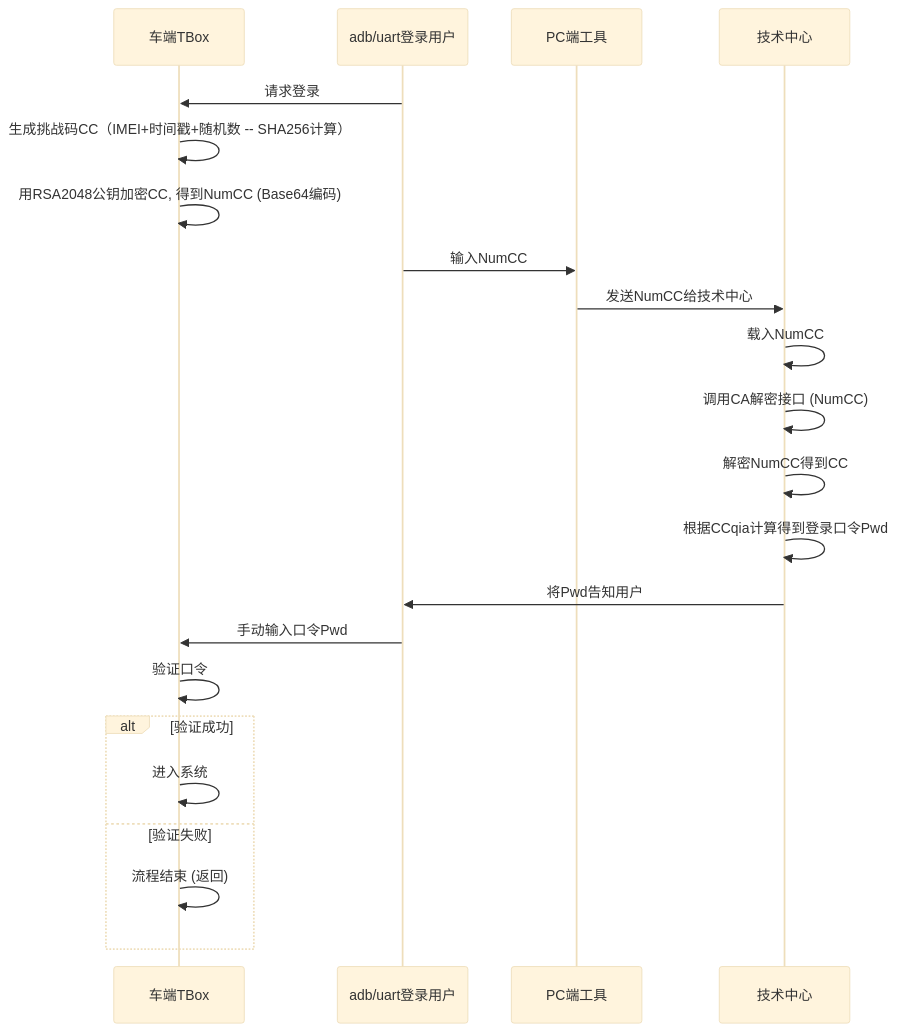
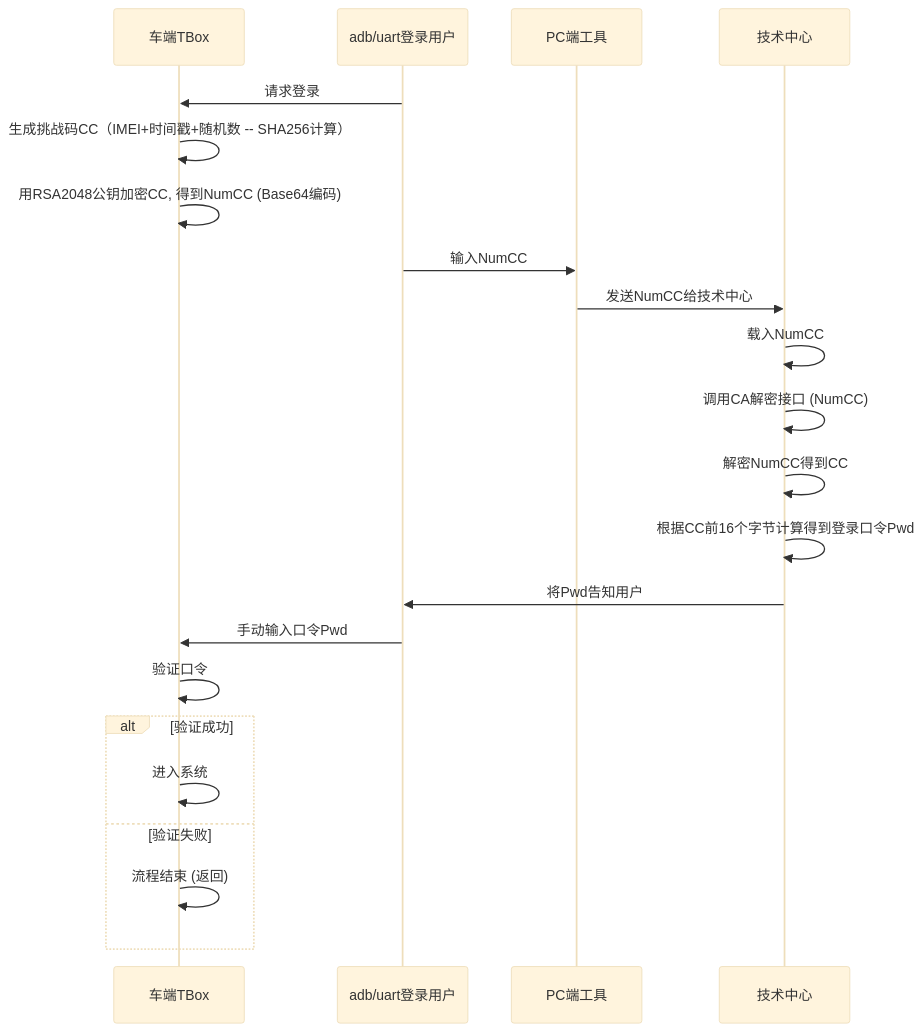
One commit to facebook-cloud/iodraw-files changed the diagram in all/未命名-13.md. Above: the diagram before and after it, drawn with Mermaid (base theme).

Commit message:
2026-01-26 19:04:47 update

````diff
--- a/all/未命名-13.md
+++ b/all/未命名-13.md
@@ -1,28 +1,28 @@
 ```mermaid
 sequenceDiagram
     participant tbox as 车端TBox
     participant user as adb/uart登录用户
     participant pc as PC端工具
     participant tech_center as 技术中心
   
 
     user->>tbox: 请求登录
     tbox->>tbox: 生成挑战码CC（IMEI+时间戳+随机数 -- SHA256计算）
     tbox->>tbox: 用RSA2048公钥加密CC, 得到NumCC (Base64编码)
     user->>pc: 输入NumCC
     pc->>tech_center: 发送NumCC给技术中心
     tech_center->>tech_center: 载入NumCC
     tech_center->>tech_center: 调用CA解密接口 (NumCC)
     tech_center->>tech_center: 解密NumCC得到CC
-    tech_center->>tech_center: 根据CCqia计算得到登录口令Pwd
+    tech_center->>tech_center: 根据CC前16个字节计算得到登录口令Pwd
     tech_center->>user: 将Pwd告知用户
     user->>tbox: 手动输入口令Pwd
     tbox->>tbox: 验证口令
     alt 验证成功
         tbox->>tbox: 进入系统
     else 验证失败
         tbox->>tbox: 流程结束 (返回)
     end
 
 
 ```
````
